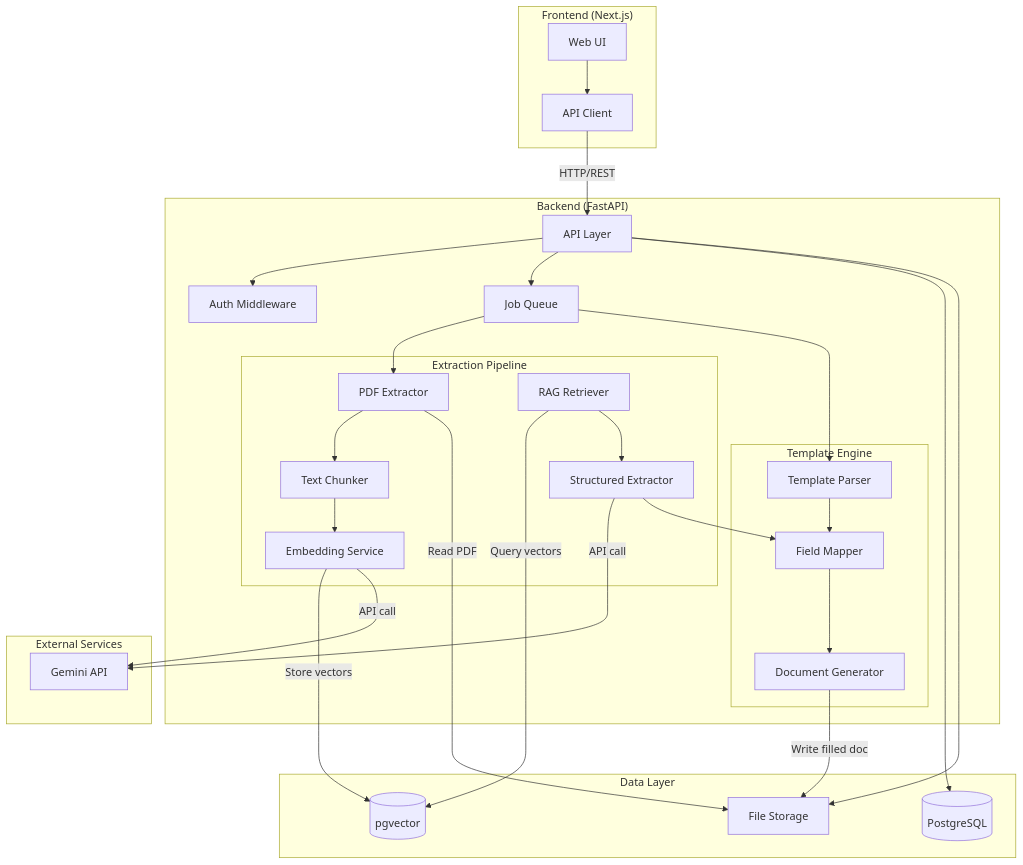
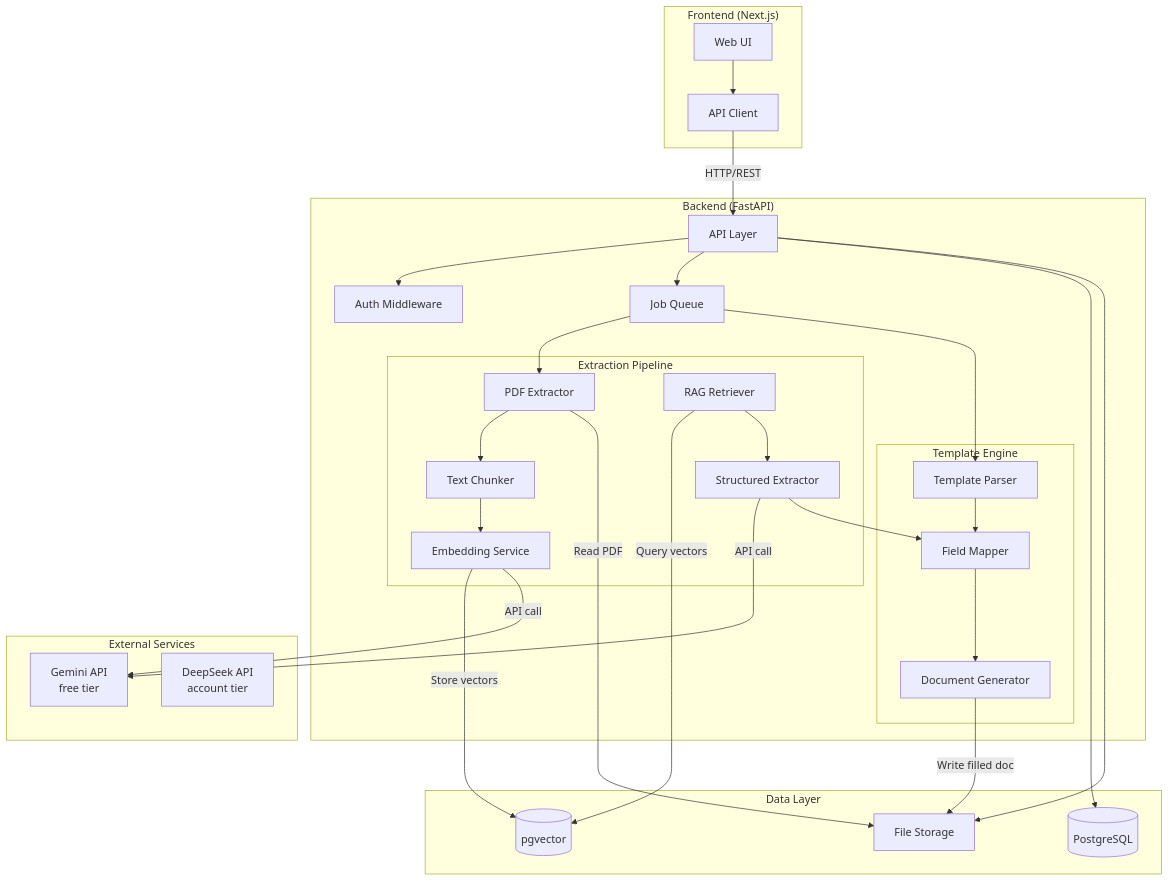
The first of 4 diagrams in docs/2-architecture/ARCHITECTURE.md (HanifIsya/TemplaFill), drawn with Mermaid before and after one commit. The commit also changed other lines of this file and 27 other files, not shown here.

Commit message:
feat(frontend): add two-tier access UI, quota flow, and tier docs (6.9-6.14)

````diff
--- a/docs/2-architecture/ARCHITECTURE.md
+++ b/docs/2-architecture/ARCHITECTURE.md
@@ -11,63 +11,64 @@
 ```mermaid
 graph TB
     subgraph Client ["Frontend (Next.js)"]
         UI[Web UI]
         AC[API Client]
     end
 
     subgraph Server ["Backend (FastAPI)"]
         API[API Layer]
         AUTH[Auth Middleware]
         QUEUE[Job Queue]
 
         subgraph Pipeline ["Extraction Pipeline"]
             PE[PDF Extractor]
             TC[Text Chunker]
             EMB[Embedding Service]
             RET[RAG Retriever]
             EXT[Structured Extractor]
         end
 
         subgraph TemplateEngine ["Template Engine"]
             TP[Template Parser]
             FM[Field Mapper]
             DG[Document Generator]
         end
     end
 
     subgraph Storage ["Data Layer"]
         DB[(PostgreSQL)]
         VDB[(pgvector)]
         FS[File Storage]
     end
 
     subgraph External ["External Services"]
-        GEMINI[Gemini API]
+        GEMINI[Gemini API<br/>free tier]
+        DEEPSEEK[DeepSeek API<br/>account tier]
     end
 
     UI --> AC
     AC -->|HTTP/REST| API
     API --> AUTH
     API --> QUEUE
 
     QUEUE --> PE
     PE --> TC
     TC --> EMB
     EMB -->|Store vectors| VDB
     EMB -->|API call| GEMINI
 
     QUEUE --> TP
 
     RET -->|Query vectors| VDB
     RET --> EXT
     EXT -->|API call| GEMINI
 
     EXT --> FM
     TP --> FM
     FM --> DG
 
     API --> DB
     API --> FS
     PE -->|Read PDF| FS
     DG -->|Write filled doc| FS
 ```
````
